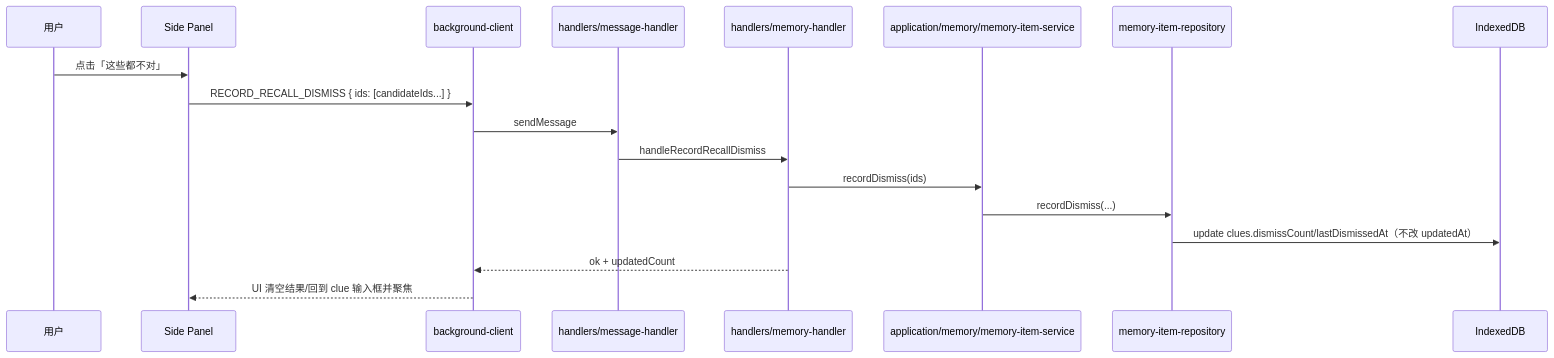
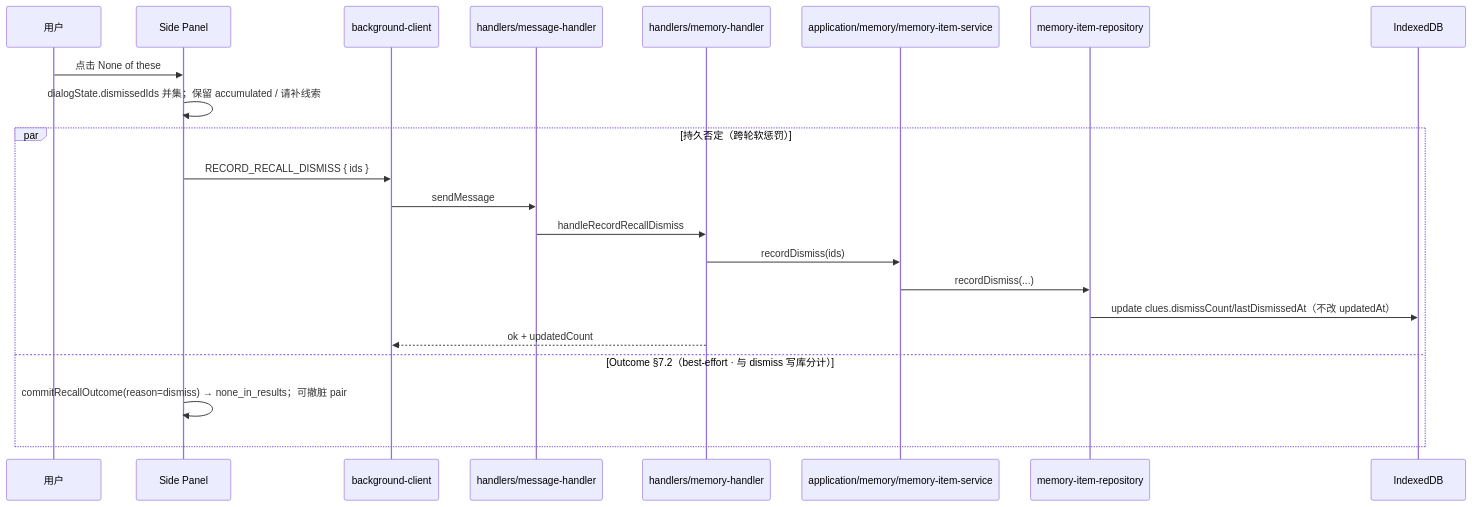
The sixth of 8 diagrams in docs/architecture/Yiveno-运行时架构流程-v1.md (yiveno/yiveno), drawn with Mermaid before and after one commit. The commit also changed other lines of this file and 48 other files, not shown here.

First line of the commit message:
docs: mermaid 图表库与 figma/cws 截图对齐

````diff
--- a/docs/architecture/Yiveno-运行时架构流程-v1.md
+++ b/docs/architecture/Yiveno-运行时架构流程-v1.md
@@ -329,21 +494,25 @@
 ```mermaid
 sequenceDiagram
   participant U as 用户
   participant UI as Side Panel
   participant BC as background-client
   participant MH as handlers/message-handler
   participant MHB as handlers/memory-handler
   participant APP as application/memory/memory-item-service
   participant REPO as memory-item-repository
   participant IDB as IndexedDB
 
-  U->>UI: 点击「这些都不对」
-  UI->>BC: RECORD_RECALL_DISMISS { ids: [candidateIds...] }
-  BC->>MH: sendMessage
-  MH->>MHB: handleRecordRecallDismiss
-  MHB->>APP: recordDismiss(ids)
-  APP->>REPO: recordDismiss(...)
-  REPO->>IDB: update clues.dismissCount/lastDismissedAt（不改 updatedAt）
-  MHB-->>BC: ok + updatedCount
-  BC-->>UI: UI 清空结果/回到 clue 输入框并聚焦
+  U->>UI: 点击 None of these
+  UI->>UI: dialogState.dismissedIds 并集；保留 accumulated / 请补线索
+  par 持久否定（跨轮软惩罚）
+    UI->>BC: RECORD_RECALL_DISMISS { ids }
+    BC->>MH: sendMessage
+    MH->>MHB: handleRecordRecallDismiss
+    MHB->>APP: recordDismiss(ids)
+    APP->>REPO: recordDismiss(...)
+    REPO->>IDB: update clues.dismissCount/lastDismissedAt（不改 updatedAt）
+    MHB-->>BC: ok + updatedCount
+  and Outcome §7.2（best-effort · 与 dismiss 写库分计）
+    UI->>UI: commitRecallOutcome(reason=dismiss) → none_in_results；可撤脏 pair
+  end
 ```
````
